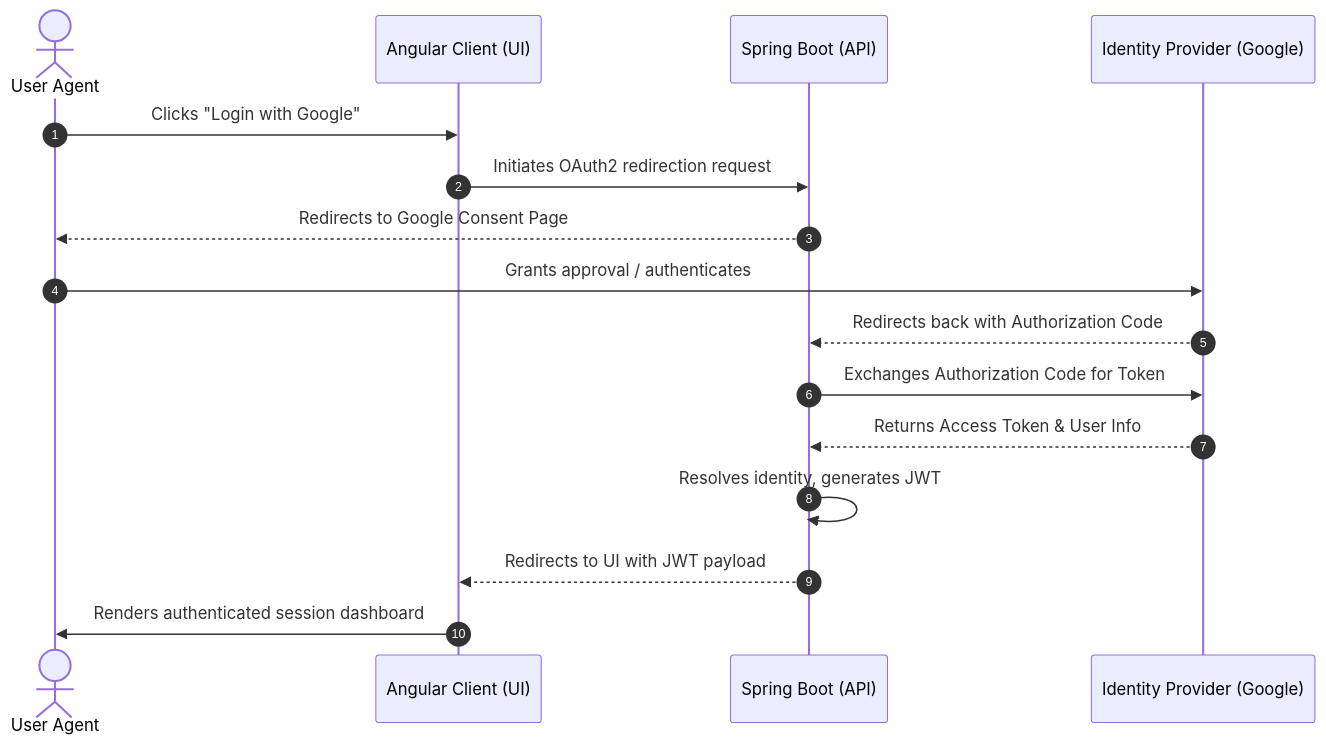
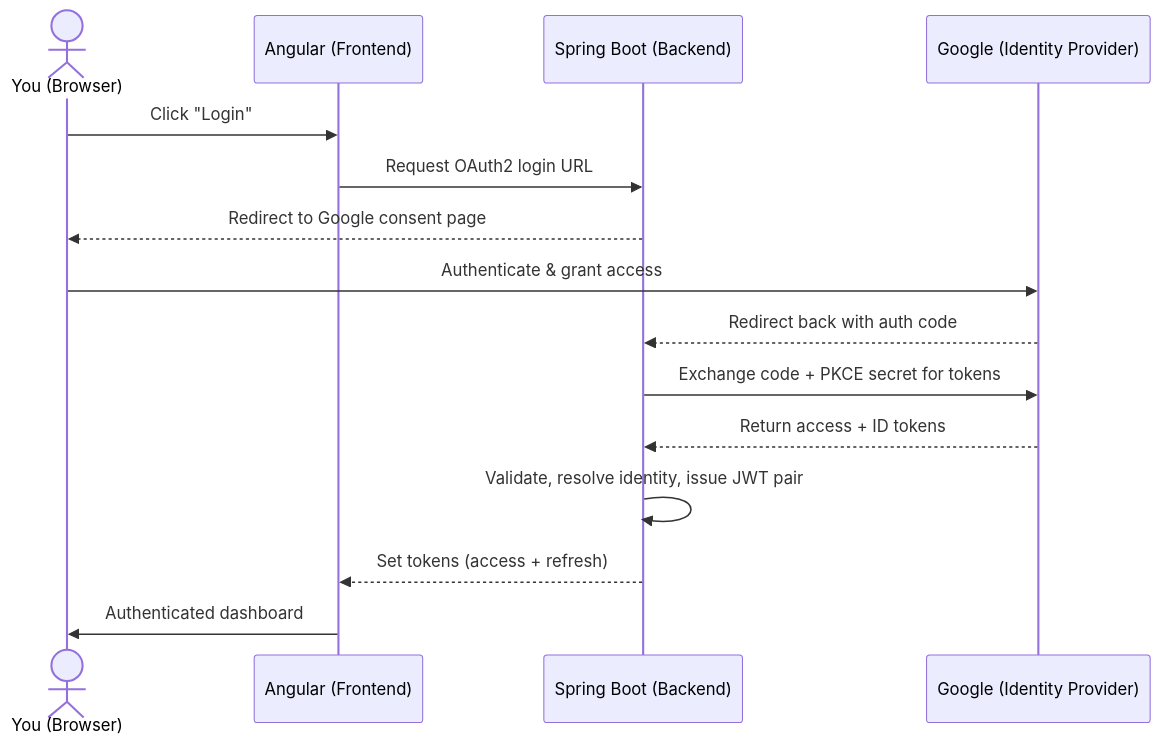
Before and after one commit to rogelioolarte/auth-alpaca: the diagram in README.md, drawn with Mermaid. The commit also changed other lines of this file, not shown here.

````diff
--- a/README.md
+++ b/README.md
@@ -135,19 +67,18 @@
 ```mermaid
 sequenceDiagram
-    autonumber
-    actor User as User Agent
-    participant Angular as Angular Client (UI)
-    participant Spring as Spring Boot (API)
-    participant IDP as Identity Provider (Google)
+    actor You as You (Browser)
+    participant UI as Angular (Frontend)
+    participant API as Spring Boot (Backend)
+    participant Google as Google (Identity Provider)
 
-    User->>Angular: Clicks "Login with Google"
-    Angular->>Spring: Initiates OAuth2 redirection request
-    Spring-->>User: Redirects to Google Consent Page
-    User->>IDP: Grants approval / authenticates
-    IDP-->>Spring: Redirects back with Authorization Code
-    Spring->>IDP: Exchanges Authorization Code for Token
-    IDP-->>Spring: Returns Access Token & User Info
-    Spring->>Spring: Resolves identity, generates JWT
-    Spring-->>Angular: Redirects to UI with JWT payload
-    Angular->>User: Renders authenticated session dashboard
+    You->>UI: Click "Login"
+    UI->>API: Request OAuth2 login URL
+    API-->>You: Redirect to Google consent page
+    You->>Google: Authenticate & grant access
+    Google-->>API: Redirect back with auth code
+    API->>Google: Exchange code + PKCE secret for tokens
+    Google-->>API: Return access + ID tokens
+    API->>API: Validate, resolve identity, issue JWT pair
+    API-->>UI: Set tokens (access + refresh)
+    UI->>You: Authenticated dashboard
 ```
````
